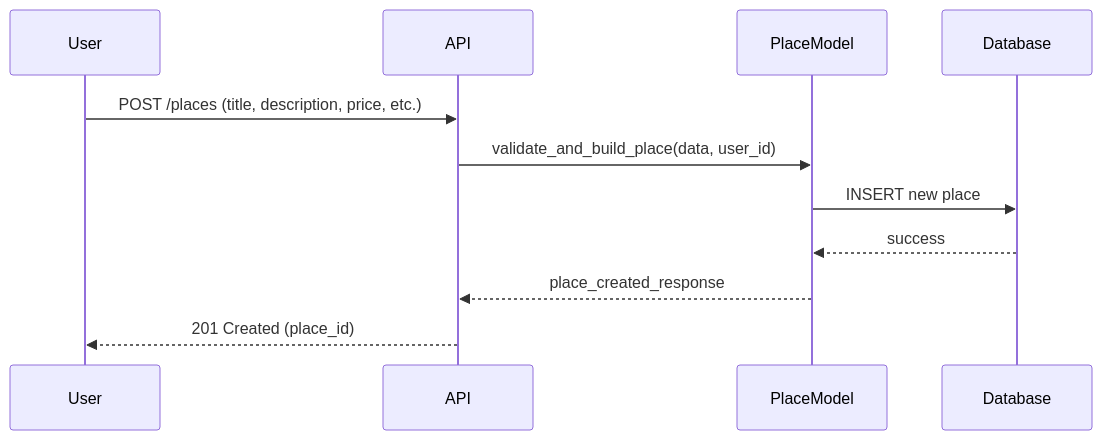
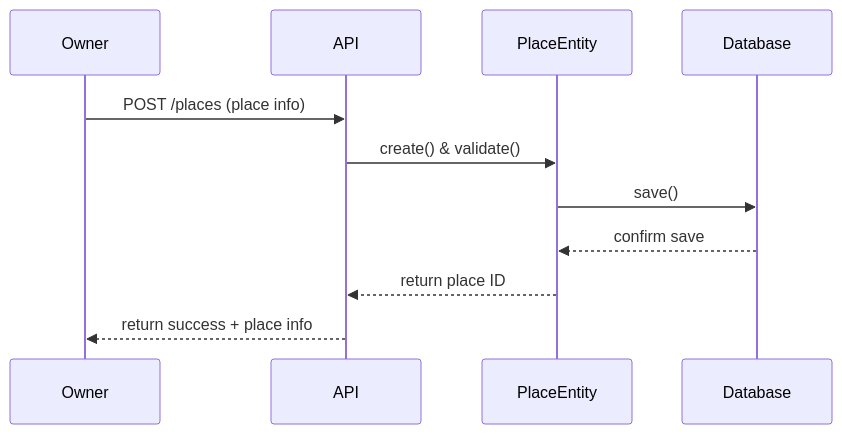
The second of 4 diagrams in part1/2. Sequence Diagrams for API Calls.md (loicleguen/holbertonschool-hbnb), drawn with Mermaid before and after one commit. The commit also changed other lines of this file, not shown here.

Commit message:
refactor: update sequence diagrams for API calls to improve clarity and consistency

````diff
--- a/part1/2. Sequence Diagrams for API Calls.md
+++ b/part1/2. Sequence Diagrams for API Calls.md
@@ -35,14 +36,15 @@
 ```mermaid
 sequenceDiagram
-    participant User
-    participant API
-    participant BusinessLogic as PlaceModel
-    participant Database
+participant Owner
+participant API
+participant PlaceEntity
+participant Database
 
-    User->>API: POST /places (title, description, price, etc.)
-    API->>BusinessLogic: validate_and_build_place(data, user_id)
-    BusinessLogic->>Database: INSERT new place
-    Database-->>BusinessLogic: success
-    BusinessLogic-->>API: place_created_response
-    API-->>User: 201 Created (place_id)
+Owner->>API: POST /places (place info)
+API->>PlaceEntity: create() & validate()
+PlaceEntity->>Database: save()
+Database-->>PlaceEntity: confirm save
+PlaceEntity-->>API: return place ID
+API-->>Owner: return success + place info
+
 ```
````
